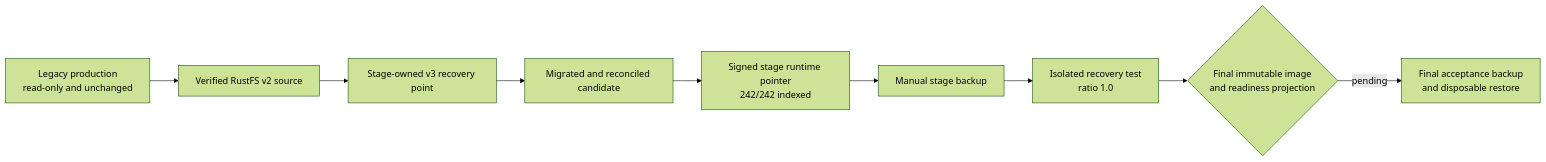
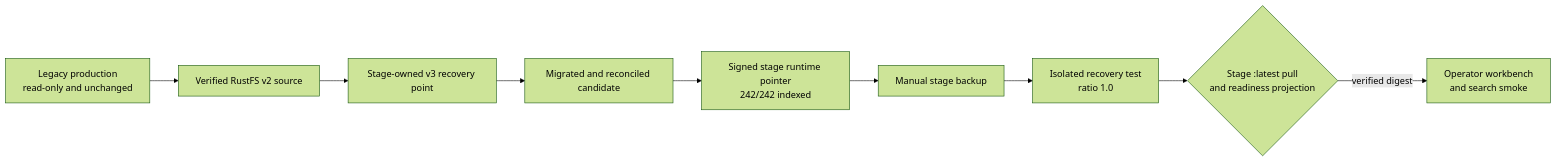
One commit to Nimble-esolutions/PdfSearch changed the diagram in docs/STATUS-2026-08-03.md. Above: the diagram before and after it, drawn with Mermaid (forest theme). The commit also changed other lines of this file and 10 other files, not shown here.

Commit message:
docs: record stage workbench and image policy

````diff
--- a/docs/STATUS-2026-08-03.md
+++ b/docs/STATUS-2026-08-03.md
@@ -31,11 +33,11 @@
 ```mermaid
 flowchart LR
   L["Legacy production\nread-only and unchanged"] --> V2["Verified RustFS v2 source"]
   V2 --> V3["Stage-owned v3 recovery point"]
   V3 --> Q["Migrated and reconciled candidate"]
   Q --> A["Signed stage runtime pointer\n242/242 indexed"]
   A --> B["Manual stage backup"]
   B --> T["Isolated recovery test\nratio 1.0"]
-  T --> F{"Final immutable image\nand readiness projection"}
-  F -->|pending| R["Final acceptance backup\nand disposable restore"]
+  T --> F{"Stage :latest pull\nand readiness projection"}
+  F -->|verified digest| R["Operator workbench\nand search smoke"]
 ```
````
